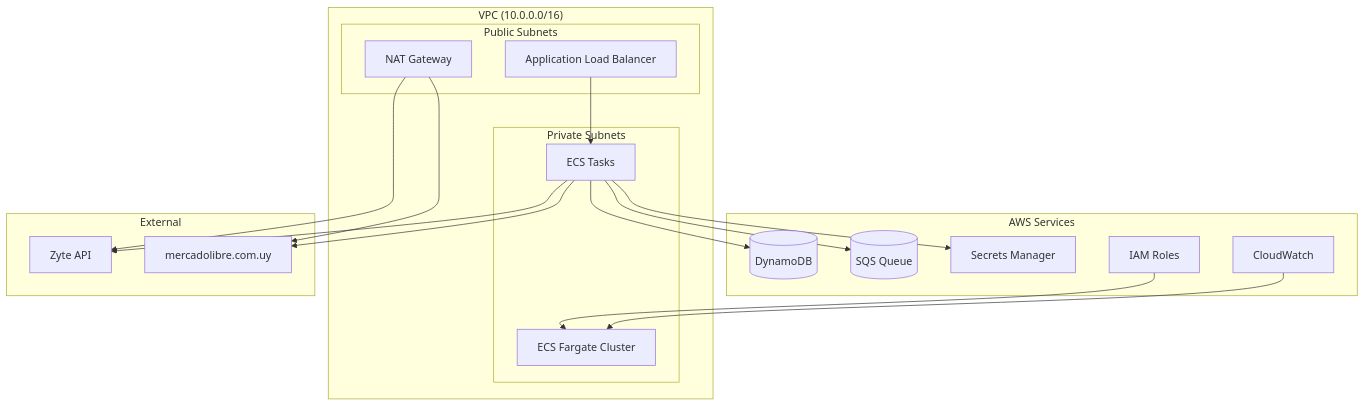
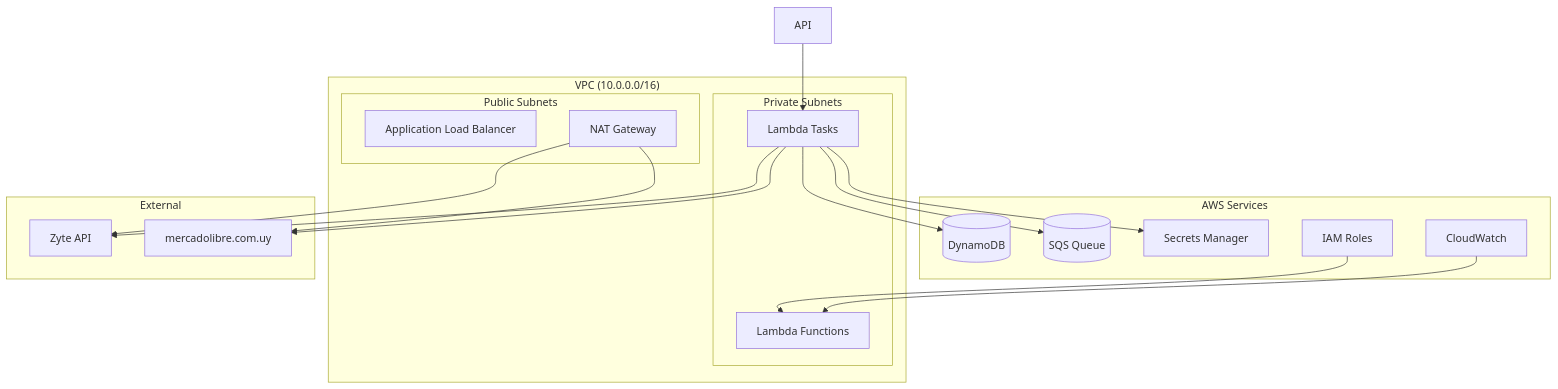
The second of 2 diagrams in ARCHITECTURE.md (cbayonao/meli-challenge), drawn with Mermaid before and after one commit. The commit also changed other lines of this file and 33 other files, not shown here.

````diff
--- a/ARCHITECTURE.md
+++ b/ARCHITECTURE.md
@@ -174,40 +174,40 @@
 ```mermaid
 graph TB
     subgraph "VPC (10.0.0.0/16)"
         subgraph "Public Subnets"
             ALB[Application Load Balancer]
             NAT[NAT Gateway]
         end
         
         subgraph "Private Subnets"
-            ECS[ECS Fargate Cluster]
-            ECS_TASK[ECS Tasks]
+            LAMBDA[Lambda Functions]
+LAMBDA_TASK[Lambda Tasks]
         end
     end
     
     subgraph "AWS Services"
         DDB[(DynamoDB)]
         SQS[(SQS Queue)]
         SEC[Secrets Manager]
         CW[CloudWatch]
         IAM[IAM Roles]
     end
     
     subgraph "External"
         ZYTE[Zyte API]
         ML[mercadolibre.com.uy]
     end
     
-    ALB --> ECS_TASK
-    ECS_TASK --> DDB
-    ECS_TASK --> SQS
-    ECS_TASK --> SEC
-    ECS_TASK --> ZYTE
-    ECS_TASK --> ML
+    API --> LAMBDA_TASK
+    LAMBDA_TASK --> DDB
+    LAMBDA_TASK --> SQS
+    LAMBDA_TASK --> SEC
+    LAMBDA_TASK --> ZYTE
+    LAMBDA_TASK --> ML
     
     NAT --> ZYTE
     NAT --> ML
     
-    CW --> ECS
-    IAM --> ECS
+    CW --> LAMBDA
+    IAM --> LAMBDA
 ```
````
